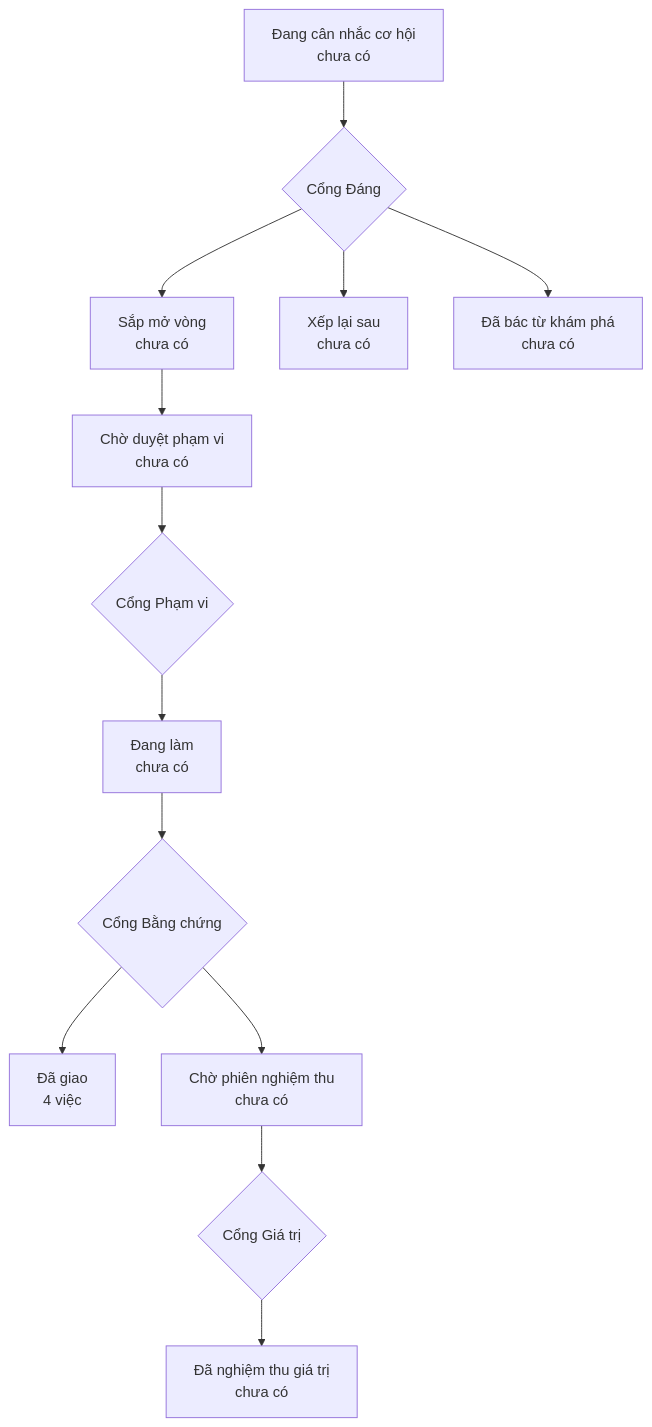
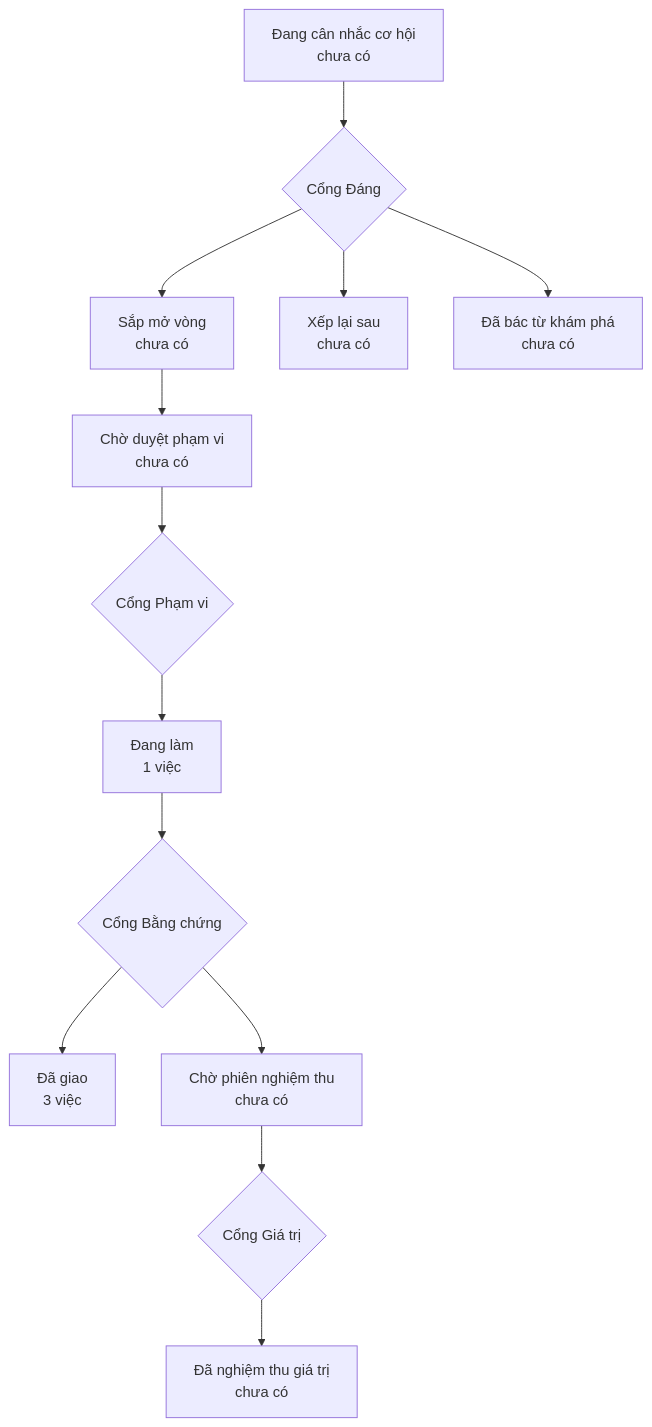
One commit to phanlemanh/crm-onehub changed the diagram in PRODUCT-MAP.md. Above: the diagram before and after it, drawn with Mermaid. The commit also changed other lines of this file and 1 other file, not shown here.

Commit message:
chore(acceptance): reopen sua-test-do-thu-tu-nap, its evidence is stale
Two later rounds edited the two files this record graded and the push gate it
never covered, so its evidence no longer describes the tree. Running the
pre-merge check against the branch's real merge base is what surfaced it; the
narrow HEAD^ windows used earlier in the day hid it.

Status goes back to implemented so the record is re-graded rather than shipped
on a pin that no longer holds. The earlier signature stays in git history.

````diff
--- a/PRODUCT-MAP.md
+++ b/PRODUCT-MAP.md
@@ -6,12 +6,12 @@
 ```mermaid
 flowchart TD
   A["Đang cân nhắc cơ hội<br/>chưa có"] --> GD{"Cổng Đáng"}
   GD --> B["Sắp mở vòng<br/>chưa có"]
   GD --> XL["Xếp lại sau<br/>chưa có"]
   GD --> DB["Đã bác từ khám phá<br/>chưa có"]
   B --> CD["Chờ duyệt phạm vi<br/>chưa có"] --> GP{"Cổng Phạm vi"}
-  GP --> DL["Đang làm<br/>chưa có"] --> GB{"Cổng Bằng chứng"}
-  GB --> DG["Đã giao<br/>4 việc"]
+  GP --> DL["Đang làm<br/>1 việc"] --> GB{"Cổng Bằng chứng"}
+  GB --> DG["Đã giao<br/>3 việc"]
   GB --> CN["Chờ phiên nghiệm thu<br/>chưa có"] --> GG{"Cổng Giá trị"}
   GG --> NT["Đã nghiệm thu giá trị<br/>chưa có"]
 ```
````
